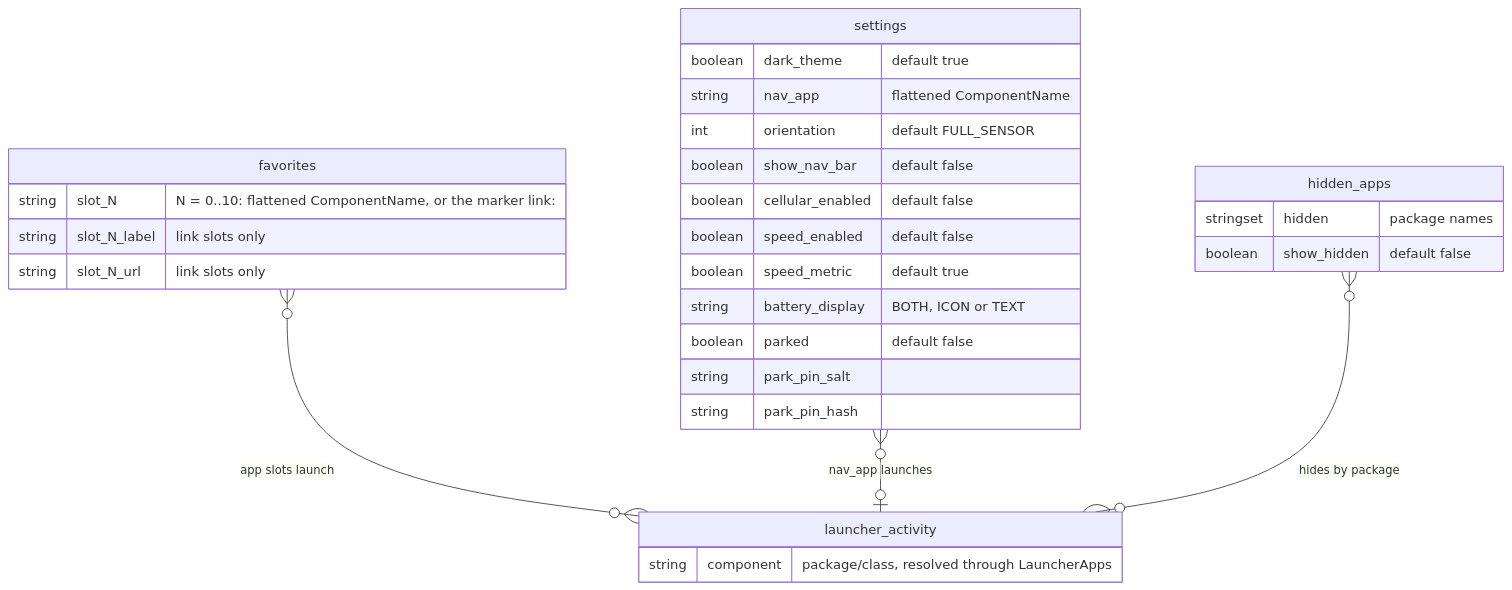
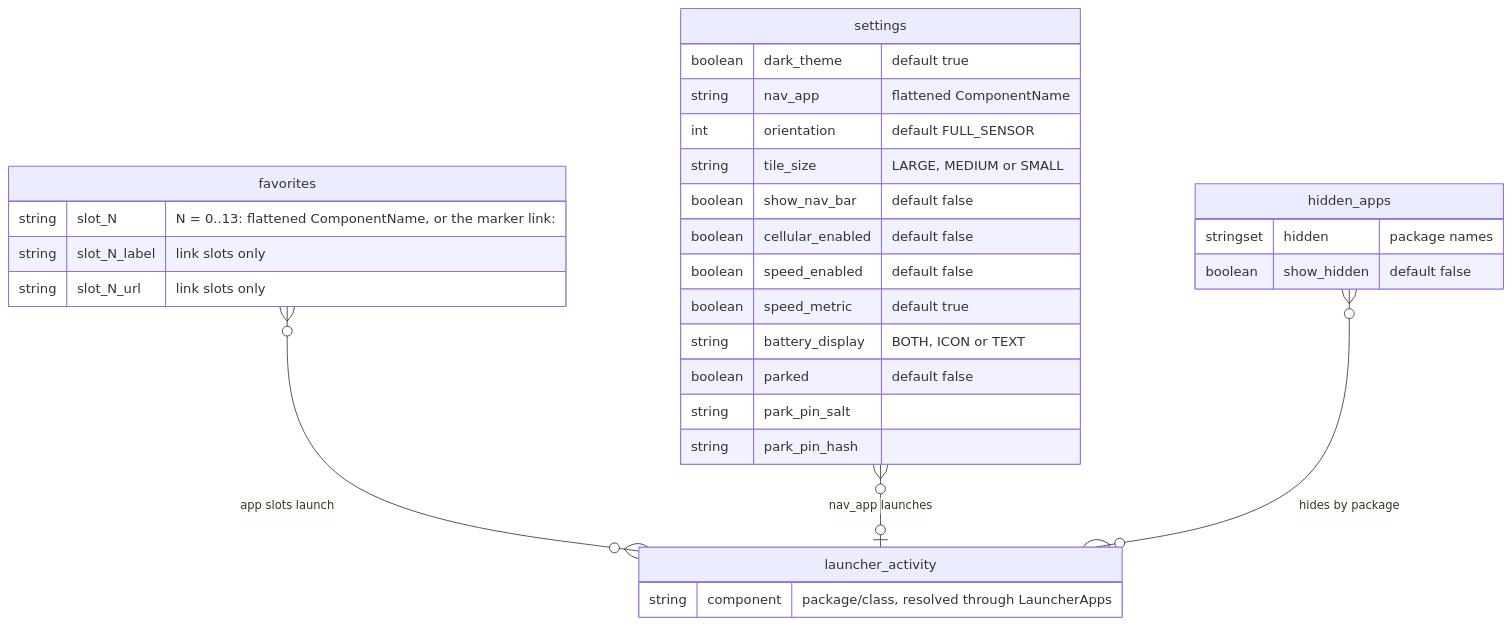
The third of 3 diagrams in .github/architecture.md (c0dev0id/motoLauncher), drawn with Mermaid before and after one commit. The commit also changed 4 other files, not shown here.

First line of the commit message:
Document the tile size setting for developers

````diff
--- a/.github/architecture.md
+++ b/.github/architecture.md
@@ -98,31 +98,32 @@
 ```mermaid
 erDiagram
     favorites {
-        string slot_N "N = 0..10: flattened ComponentName, or the marker link:"
+        string slot_N "N = 0..13: flattened ComponentName, or the marker link:"
         string slot_N_label "link slots only"
         string slot_N_url "link slots only"
     }
     hidden_apps {
         stringset hidden "package names"
         boolean show_hidden "default false"
     }
     settings {
         boolean dark_theme "default true"
         string nav_app "flattened ComponentName"
         int orientation "default FULL_SENSOR"
+        string tile_size "LARGE, MEDIUM or SMALL"
         boolean show_nav_bar "default false"
         boolean cellular_enabled "default false"
         boolean speed_enabled "default false"
         boolean speed_metric "default true"
         string battery_display "BOTH, ICON or TEXT"
         boolean parked "default false"
         string park_pin_salt
         string park_pin_hash
     }
     launcher_activity {
         string component "package/class, resolved through LauncherApps"
     }
     favorites }o--o{ launcher_activity : "app slots launch"
     settings }o--o| launcher_activity : "nav_app launches"
     hidden_apps }o--o{ launcher_activity : "hides by package"
 ```
````
